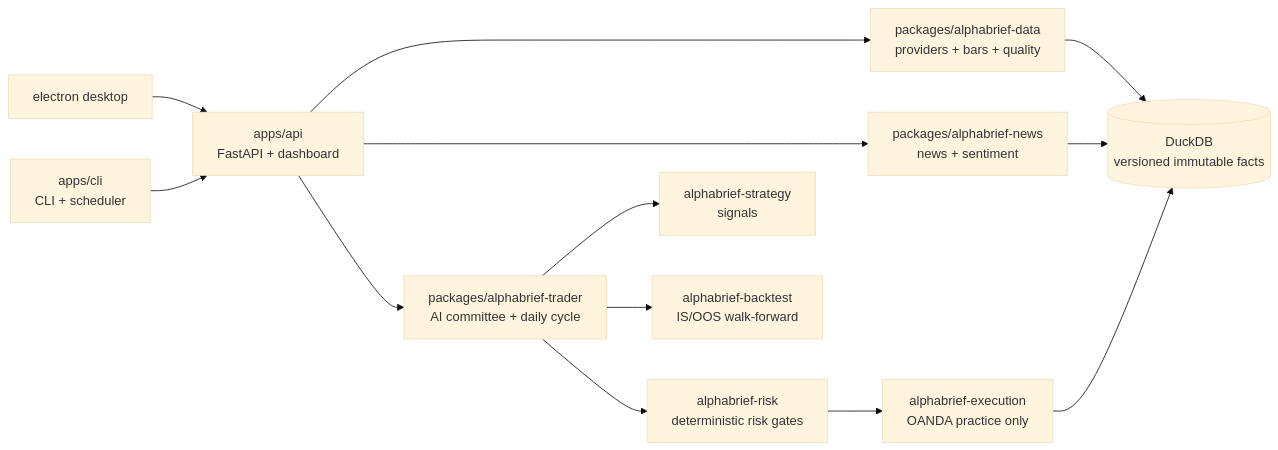
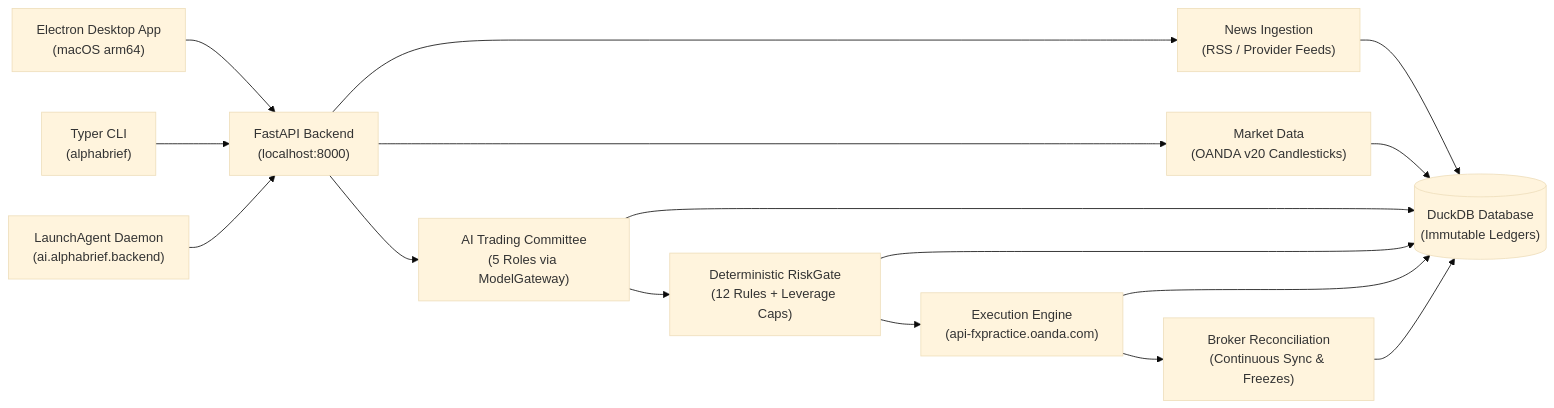
One commit to JeremyL691/AlphaBrief changed the diagram in README.md. Above: the diagram before and after it, drawn with Mermaid (base theme). The commit also changed other lines of this file and 14 other files, not shown here.

````diff
--- a/README.md
+++ b/README.md
@@ -11,15 +11,21 @@
 ```mermaid
 flowchart LR
-    E[electron desktop] --> API[apps/api<br/>FastAPI + dashboard]
-    CLI[apps/cli<br/>CLI + scheduler] --> API
-    API --> DATA[packages/alphabrief-data<br/>providers + bars + quality]
-    API --> NEWS[packages/alphabrief-news<br/>news + sentiment]
-    DATA --> DB[(DuckDB<br/>versioned immutable facts)]
-    NEWS --> DB
-    API --> TRADER[packages/alphabrief-trader<br/>AI committee + daily cycle]
-    TRADER --> STRAT[alphabrief-strategy<br/>signals]
-    TRADER --> BT[alphabrief-backtest<br/>IS/OOS walk-forward]
-    TRADER --> RISK[alphabrief-risk<br/>deterministic risk gates]
-    RISK --> EXEC[alphabrief-execution<br/>OANDA practice only]
+    E["Electron Desktop App<br/>(macOS arm64)"] --> API["FastAPI Backend<br/>(localhost:8000)"]
+    CLI["Typer CLI<br/>(alphabrief)"] --> API
+    DAEMON["LaunchAgent Daemon<br/>(ai.alphabrief.backend)"] --> API
+
+    API --> NEWS["News Ingestion<br/>(RSS / Provider Feeds)"]
+    API --> MARKET["Market Data<br/>(OANDA v20 Candlesticks)"]
+    API --> COMMITTEE["AI Trading Committee<br/>(5 Roles via ModelGateway)"]
+    
+    COMMITTEE --> RISK["Deterministic RiskGate<br/>(12 Rules + Leverage Caps)"]
+    RISK --> EXEC["Execution Engine<br/>(api-fxpractice.oanda.com)"]
+    EXEC --> RECON["Broker Reconciliation<br/>(Continuous Sync & Freezes)"]
+
+    NEWS --> DB[("DuckDB Database<br/>(Immutable Ledgers)")]
+    MARKET --> DB
+    COMMITTEE --> DB
+    RISK --> DB
     EXEC --> DB
+    RECON --> DB
 ```
````
